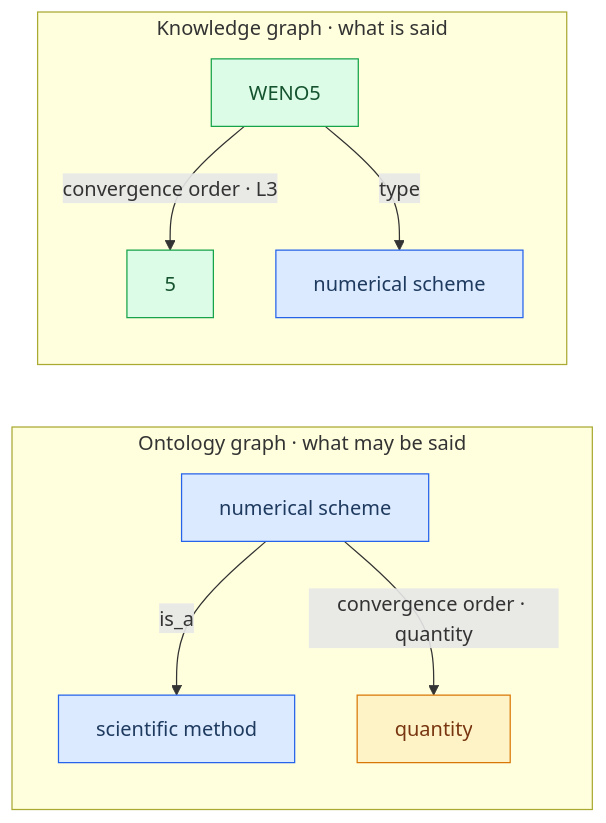
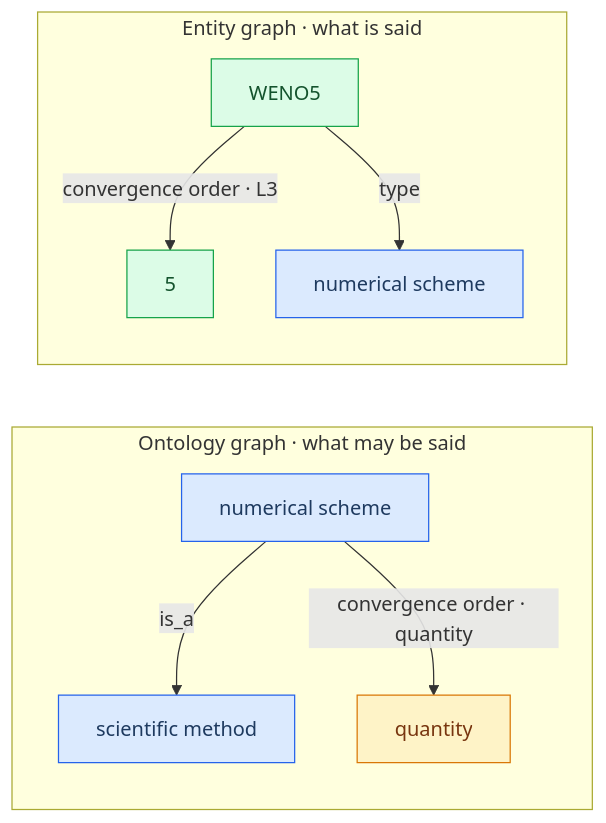
Before and after one commit to Clearailhc/clearai-dsh: the second of 4 diagrams in docs/domain-ontology.md, drawn with Mermaid. The commit also changed other lines of this file and 26 other files, not shown here.

First line of the commit message:
docs: 术语收敛(本体图/实体图)与面板设计定案——本体融进「事实」格

````diff
--- a/docs/domain-ontology.md
+++ b/docs/domain-ontology.md
@@ -126,22 +126,22 @@
 ```mermaid
 flowchart LR
     accTitle: Ontology Graph Versus Knowledge Graph
-    accDescr: The ontology graph declares which concepts and predicates exist, while the knowledge graph shows the typed facts that were actually promoted.
+    accDescr: The ontology graph declares which concepts and predicates exist, while the entity graph shows the typed facts that were actually promoted.
 
     subgraph onto["Ontology graph · what may be said"]
         scheme["numerical scheme"] -->|is_a| method["scientific method"]
         scheme -->|"convergence order · quantity"| qty["quantity"]
     end
-    subgraph kg["Knowledge graph · what is said"]
+    subgraph kg["Entity graph · what is said"]
         weno["WENO5"] -->|"convergence order · L3"| five["5"]
         weno -->|"type"| scheme2["numerical scheme"]
     end
 
     classDef concept fill:#dbeafe,stroke:#2563eb,color:#1e3a5f
     classDef value fill:#fef3c7,stroke:#d97706,color:#78350f
     classDef inst fill:#dcfce7,stroke:#16a34a,color:#14532d
 
     class scheme,method,scheme2 concept
     class qty value
     class weno,five inst
 ```
````
